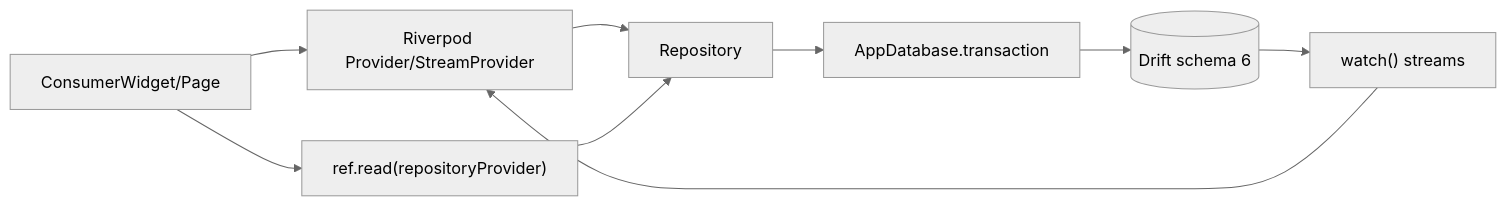
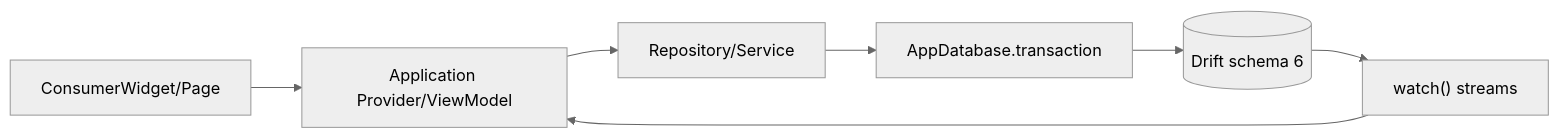
One commit to FedericoGR/Backlog-Vault changed the second of 3 diagrams in docs/architecture/current_architecture.md. Above: the diagram before and after it, drawn with Mermaid (neutral theme). The commit also changed other lines of this file and 11 other files, not shown here.

Commit message:
docs: document offline architecture refactor

````diff
--- a/docs/architecture/current_architecture.md
+++ b/docs/architecture/current_architecture.md
@@ -30,11 +30,9 @@
 ```mermaid
 flowchart LR
-  View["ConsumerWidget/Page"] --> Provider["Riverpod Provider/StreamProvider"]
-  View --> RepoDirect["ref.read(repositoryProvider)"]
-  Provider --> Repo["Repository"]
-  RepoDirect --> Repo
+  View["ConsumerWidget/Page"] --> VM["Application Provider/ViewModel"]
+  VM --> Repo["Repository/Service"]
   Repo --> Tx["AppDatabase.transaction"]
   Tx --> Drift[("Drift schema 6")]
   Drift --> Streams["watch() streams"]
-  Streams --> Provider
+  Streams --> VM
 ```
````
